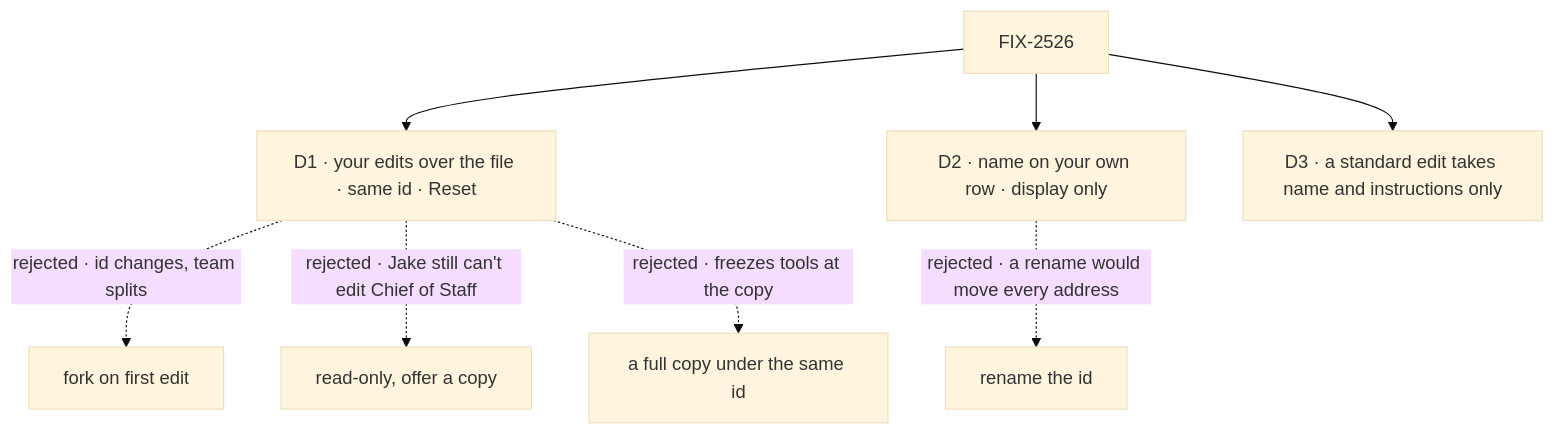
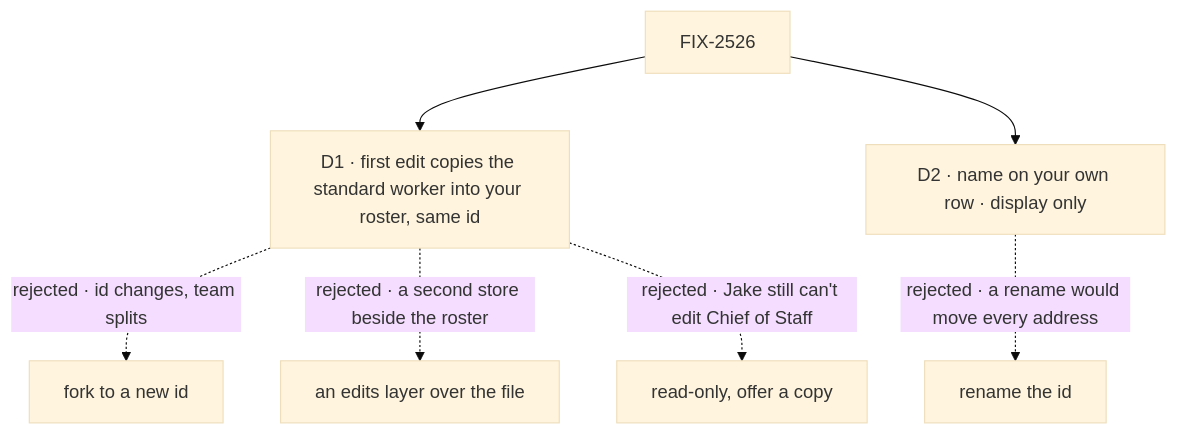
One commit to fixpoint-labs/flow-state-dev changed the diagram in specs/issues/FIX-2526/DECISIONS.md. Above: the diagram before and after it, drawn with Mermaid (base theme). The commit also changed other lines of this file and 1 other file, not shown here.

First line of the commit message:
spec(FIX-2526): D1 redrafted: the first edit copies the standard worker into the user's roster under its id

````diff
--- a/specs/issues/FIX-2526/DECISIONS.md
+++ b/specs/issues/FIX-2526/DECISIONS.md
@@ -10,10 +10,9 @@
 ```mermaid
 flowchart TD
-  I["FIX-2526"] --> D1["D1 · your edits over the file · same id · Reset"]
-  D1 -.->|"rejected · id changes, team splits"| A1["fork on first edit"]
+  I["FIX-2526"] --> D1["D1 · first edit copies the standard worker into your roster, same id"]
+  D1 -.->|"rejected · id changes, team splits"| A1["fork to a new id"]
+  D1 -.->|"rejected · a second store beside the roster"| B1["an edits layer over the file"]
   D1 -.->|"rejected · Jake still can't edit Chief of Staff"| C1["read-only, offer a copy"]
-  D1 -.->|"rejected · freezes tools at the copy"| S1["a full copy under the same id"]
   I --> D2["D2 · name on your own row · display only"]
   D2 -.->|"rejected · a rename would move every address"| R2["rename the id"]
-  I --> D3["D3 · a standard edit takes name and instructions only"]
 ```
````
